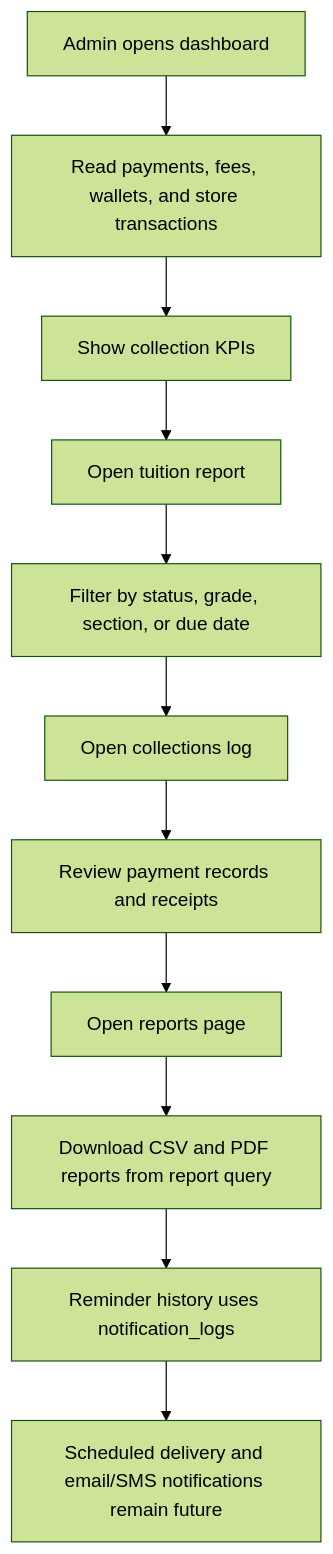
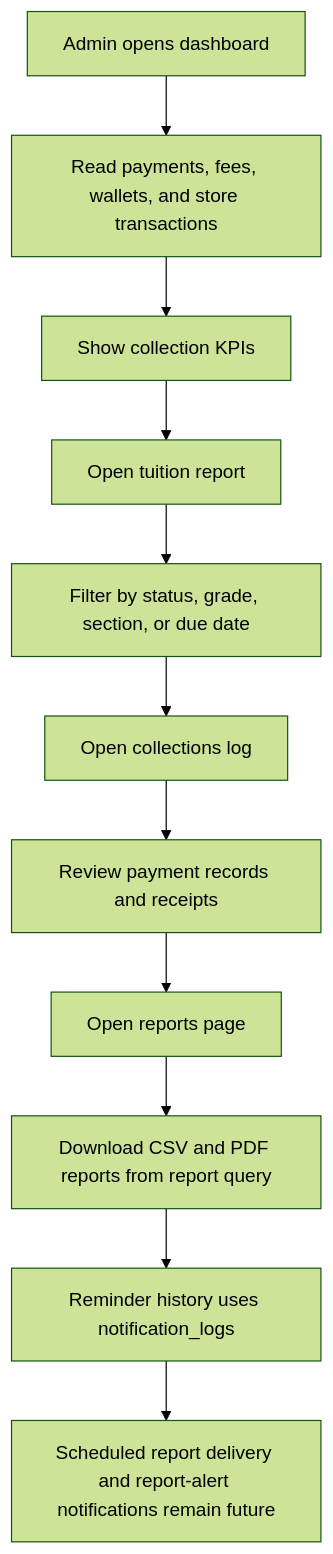
Before and after one commit to Xeyn19/xmetapay: the fourth of 7 diagrams in docs/DATABASE_SCHEMA_PLAN.md, drawn with Mermaid (forest theme). The commit also changed other lines of this file and 17 other files, not shown here.

````diff
--- a/docs/DATABASE_SCHEMA_PLAN.md
+++ b/docs/DATABASE_SCHEMA_PLAN.md
@@ -735,13 +735,13 @@
 ```mermaid
 flowchart TD
   A["Admin opens dashboard"] --> B["Read payments, fees, wallets, and store transactions"]
   B --> C["Show collection KPIs"]
   C --> D["Open tuition report"]
   D --> E["Filter by status, grade, section, or due date"]
   E --> F["Open collections log"]
   F --> G["Review payment records and receipts"]
   G --> H["Open reports page"]
   H --> I["Download CSV and PDF reports from report query"]
   I --> J["Reminder history uses notification_logs"]
-  J --> K["Scheduled delivery and email/SMS notifications remain future"]
+  J --> K["Scheduled report delivery and report-alert notifications remain future"]
 ```
````
